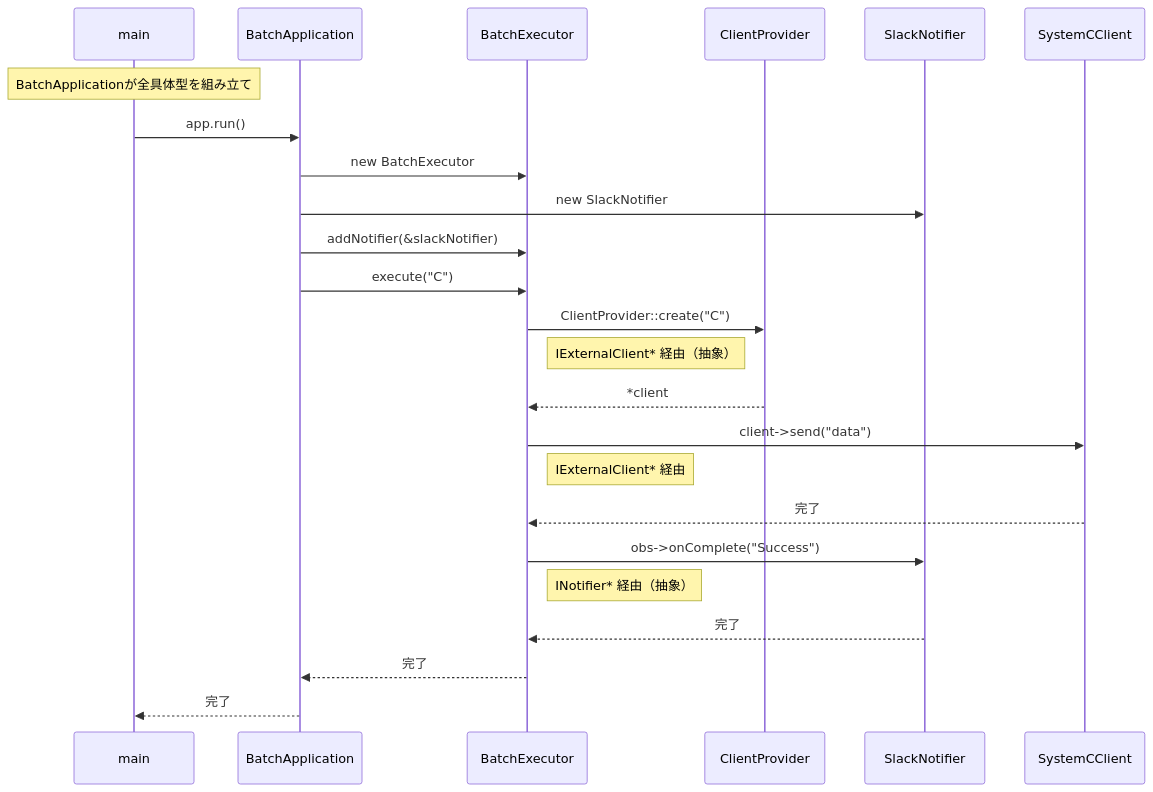
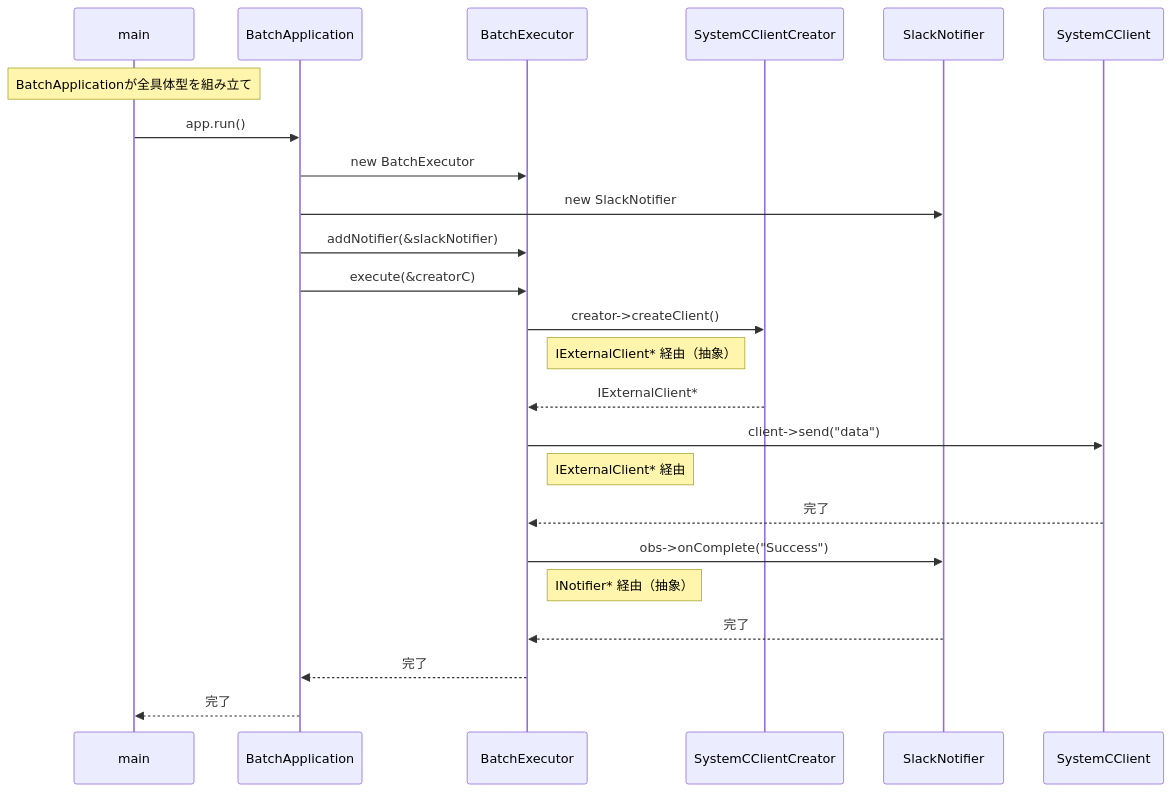
Before and after one commit to kumachan1101-pixel/DesignPattern: the third of 5 diagrams in kindle/design-patterns/output/chapter10.md, drawn with Mermaid. The commit also changed other lines of this file and 1 other file, not shown here.

````diff
--- a/kindle/design-patterns/output/chapter10.md
+++ b/kindle/design-patterns/output/chapter10.md
@@ -898,26 +927,26 @@
 ```mermaid
 sequenceDiagram
     participant main
     participant BA as BatchApplication
     participant BE as BatchExecutor
-    participant CP as ClientProvider
+    participant CC as SystemCClientCreator
     participant SN as SlackNotifier
     participant SC as SystemCClient
     Note over main: BatchApplicationが全具体型を組み立て
     main->>BA: app.run()
     BA->>BE: new BatchExecutor
     BA->>SN: new SlackNotifier
     BA->>BE: addNotifier(&slackNotifier)
-    BA->>BE: execute("C")
-    BE->>CP: ClientProvider::create("C")
+    BA->>BE: execute(&creatorC)
+    BE->>CC: creator->createClient()
     Note right of BE: IExternalClient* 経由（抽象）
-    CP-->>BE: *client
+    CC-->>BE: IExternalClient*
     BE->>SC: client->send("data")
     Note right of BE: IExternalClient* 経由
     SC-->>BE: 完了
     BE->>SN: obs->onComplete("Success")
     Note right of BE: INotifier* 経由（抽象）
     SN-->>BE: 完了
     BE-->>BA: 完了
     BA-->>main: 完了
 ```
````
